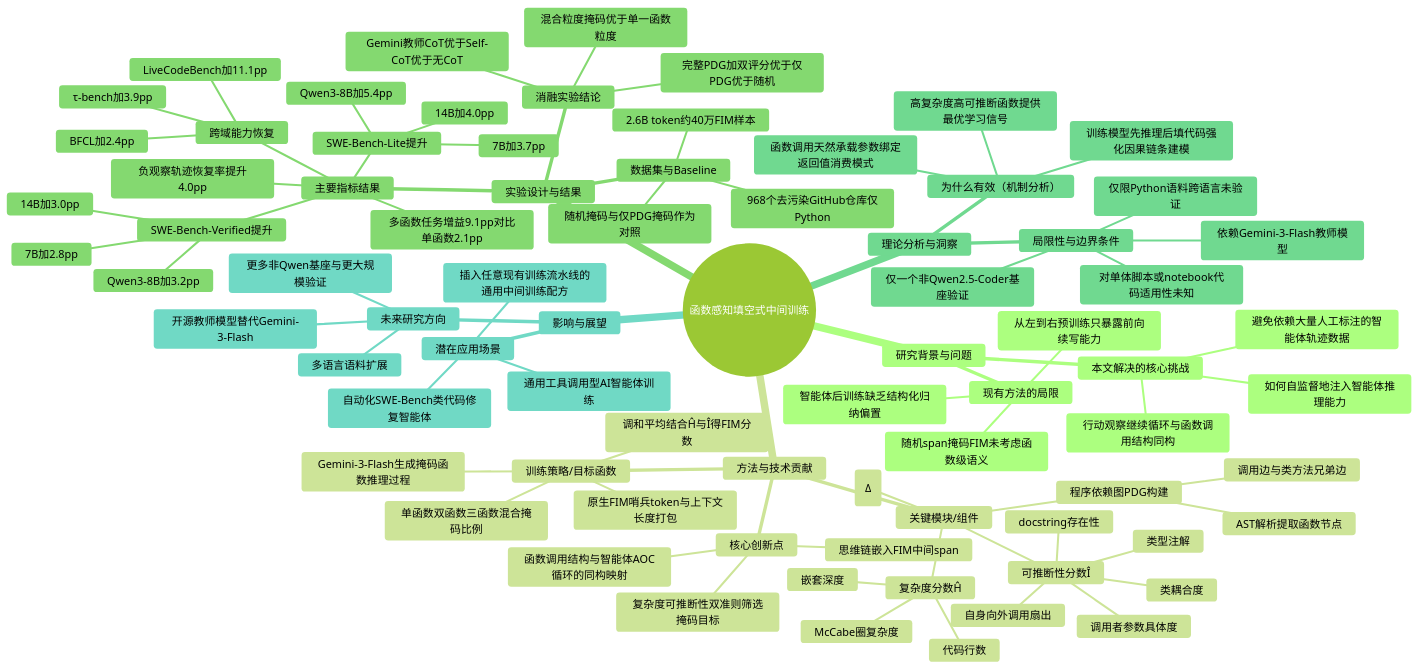
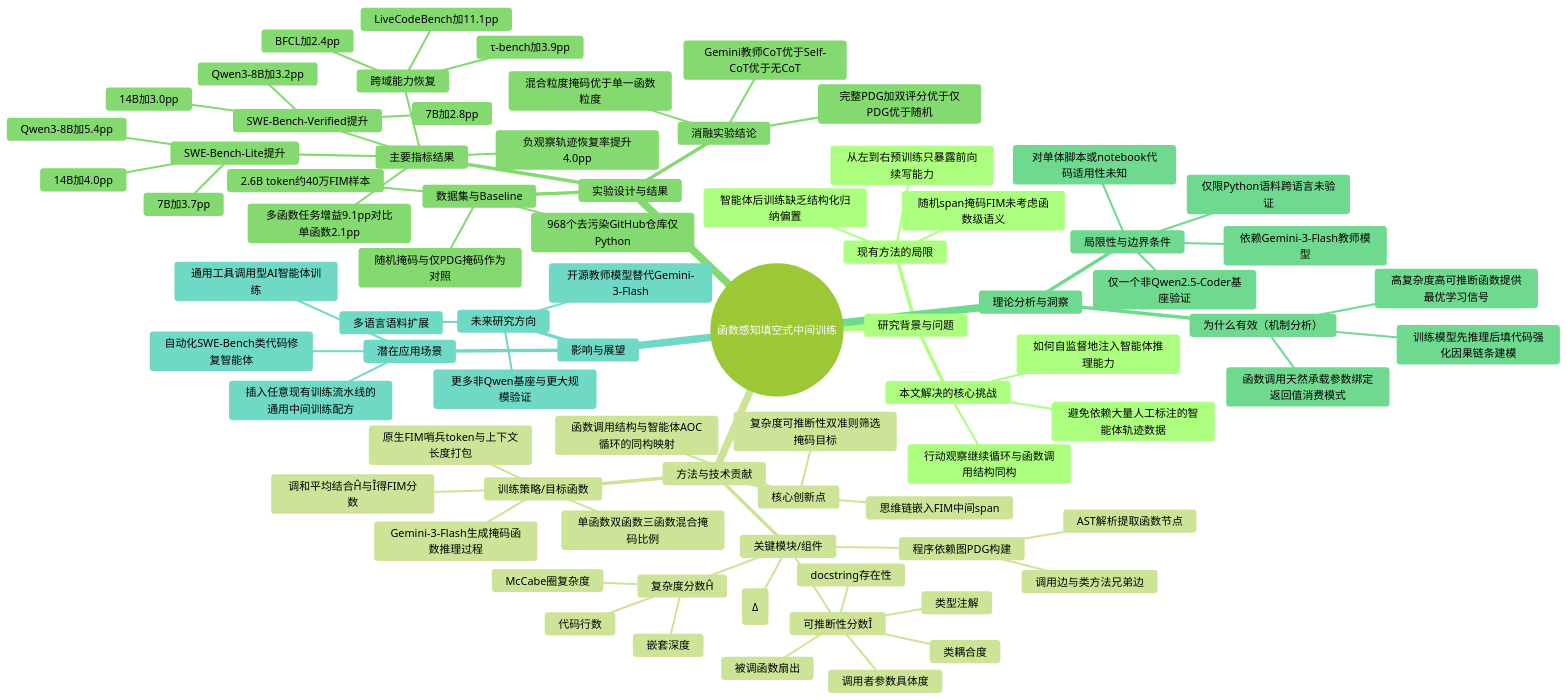
One commit to sudoghut/paper changed the diagram in src/content/papers/2026-07-19-function-aware-fim.md. Above: the diagram before and after it, drawn with Mermaid (forest theme). The commit also changed other lines of this file, not shown here.

Commit message:
update: 调整扇出释义的表述顺序,先用大白话再标注术语,便于初学者理解

````diff
--- a/src/content/papers/2026-07-19-function-aware-fim.md
+++ b/src/content/papers/2026-07-19-function-aware-fim.md
@@ -113,81 +113,81 @@
 ```mermaid
 mindmap
   root((函数感知填空式中间训练))
     研究背景与问题
       现有方法的局限
         从左到右预训练只暴露前向续写能力
         智能体后训练缺乏结构化归纳偏置
         随机span掩码FIM未考虑函数级语义
       本文解决的核心挑战
         行动观察继续循环与函数调用结构同构
         如何自监督地注入智能体推理能力
         避免依赖大量人工标注的智能体轨迹数据
     方法与技术贡献
       核心创新点
         函数调用结构与智能体AOC循环的同构映射
         复杂度可推断性双准则筛选掩码目标
         思维链嵌入FIM中间span
       关键模块/组件
         程序依赖图PDG构建
           AST解析提取函数节点
           调用边与类方法兄弟边
         复杂度分数Ĥ
           代码行数
           McCabe圈复杂度
           嵌套深度
         可推断性分数Î
           调用者参数具体度
-          自身向外调用扇出
+          被调函数扇出
           类型注解
           docstring存在性
           类耦合度
         难度惩罚项ρ(Δ)
       训练策略/目标函数
         调和平均结合Ĥ与Î得FIM分数
         Gemini-3-Flash生成掩码函数推理过程
         原生FIM哨兵token与上下文长度打包
         单函数双函数三函数混合掩码比例
     实验设计与结果
       数据集与Baseline
         968个去污染GitHub仓库仅Python
         2.6B token约40万FIM样本
         随机掩码与仅PDG掩码作为对照
       主要指标结果
         SWE-Bench-Verified提升
           7B加2.8pp
           14B加3.0pp
           Qwen3-8B加3.2pp
         SWE-Bench-Lite提升
           7B加3.7pp
           14B加4.0pp
           Qwen3-8B加5.4pp
         跨域能力恢复
           LiveCodeBench加11.1pp
           BFCL加2.4pp
           τ-bench加3.9pp
         负观察轨迹恢复率提升4.0pp
         多函数任务增益9.1pp对比单函数2.1pp
       消融实验结论
         Gemini教师CoT优于Self-CoT优于无CoT
         完整PDG加双评分优于仅PDG优于随机
         混合粒度掩码优于单一函数粒度
     理论分析与洞察
       为什么有效（机制分析）
         函数调用天然承载参数绑定返回值消费模式
         训练模型先推理后填代码强化因果链条建模
         高复杂度高可推断函数提供最优学习信号
       局限性与边界条件
         仅限Python语料跨语言未验证
         依赖Gemini-3-Flash教师模型
         仅一个非Qwen2.5-Coder基座验证
         对单体脚本或notebook代码适用性未知
     影响与展望
       潜在应用场景
         自动化SWE-Bench类代码修复智能体
         通用工具调用型AI智能体训练
         插入任意现有训练流水线的通用中间训练配方
       未来研究方向
         多语言语料扩展
         开源教师模型替代Gemini-3-Flash
         更多非Qwen基座与更大规模验证
 ```
````
